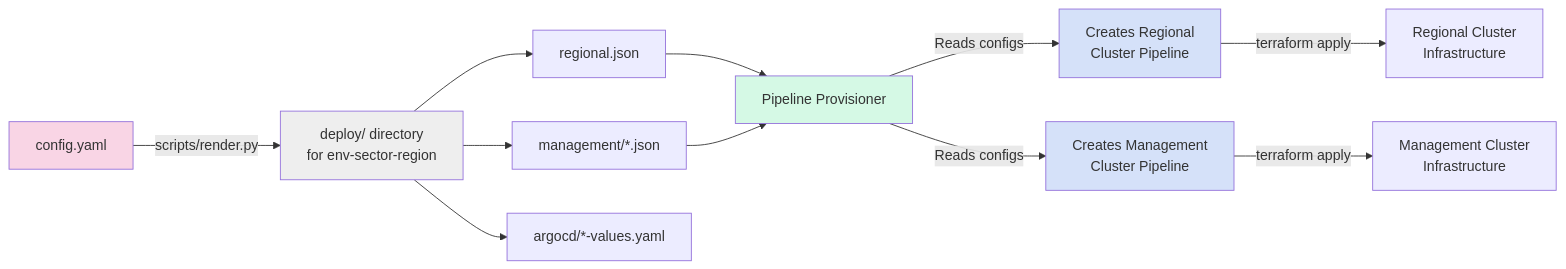
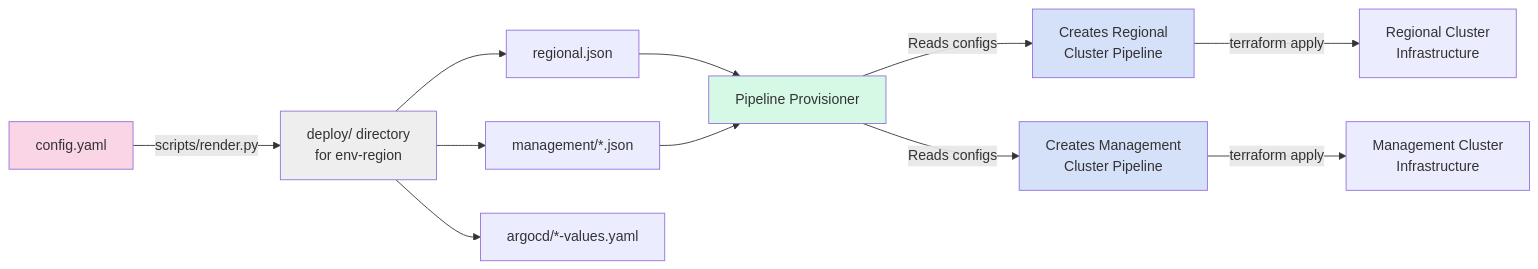
One commit to theautoroboto/rosa-regional-platform changed the third of 6 diagrams in docs/design/pipeline-based-lifecycle.md. Above: the diagram before and after it, drawn with Mermaid. The commit also changed other lines of this file, not shown here.

````diff
--- a/docs/design/pipeline-based-lifecycle.md
+++ b/docs/design/pipeline-based-lifecycle.md
@@ -114,22 +114,22 @@
 ```mermaid
 graph LR
-    A[config.yaml] -->|scripts/render.py| B[deploy/ directory<br/>for env-sector-region]
+    A[config.yaml] -->|scripts/render.py| B[deploy/ directory<br/>for env-region]
     B --> C[regional.json]
     B --> D[management/*.json]
     B --> E[argocd/*-values.yaml]
 
     C --> F[Pipeline Provisioner]
     D --> F
 
     F -->|Reads configs| G[Creates Regional<br/>Cluster Pipeline]
     F -->|Reads configs| H[Creates Management<br/>Cluster Pipeline]
 
     G -->|terraform apply| I[Regional Cluster<br/>Infrastructure]
     H -->|terraform apply| J[Management Cluster<br/>Infrastructure]
 
     style A fill:#f9d5e5
     style B fill:#eeeeee
     style F fill:#d5f9e5
     style G fill:#d5e1f9
     style H fill:#d5e1f9
 ```
````
